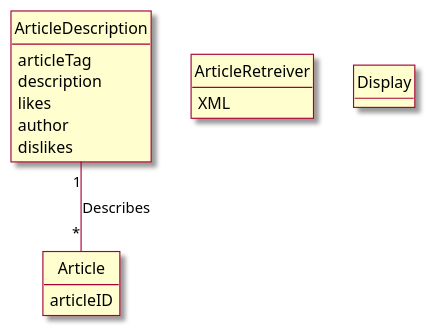
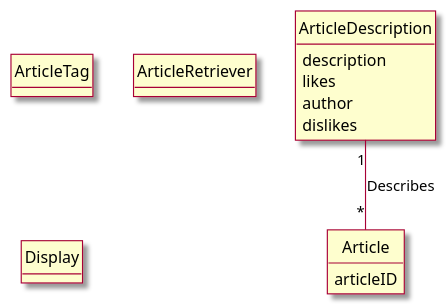
Before and after one commit to owhitleym-ui/EcoScoop: the diagram in intellij/doc/class-diagram.md, drawn with PlantUML. The commit also changed 4 other files, not shown here.

Commit message:
Updated class-diagram

````diff
--- a/intellij/doc/class-diagram.md
+++ b/intellij/doc/class-diagram.md
@@ -1,32 +1,38 @@
 ```plantuml
 @startuml
 skin rose
 hide circle
 hide empty methods
 
 'classes
 class ArticleDescription{
-    articleTag
     description
     likes
     author
     dislikes
 }
 
+class ArticleTag{
+
+}
+
 class Article{
     articleID
 }
 
-class ArticleRetreiver{
-    XML
+class ArticleRetriever{
+    
 }
 
 class Display {
 }
 
 
+
 ' associations 
 ArticleDescription "1" -- "*" Article :Describes
 
+'Systems
+
 @enduml
 ```
````
